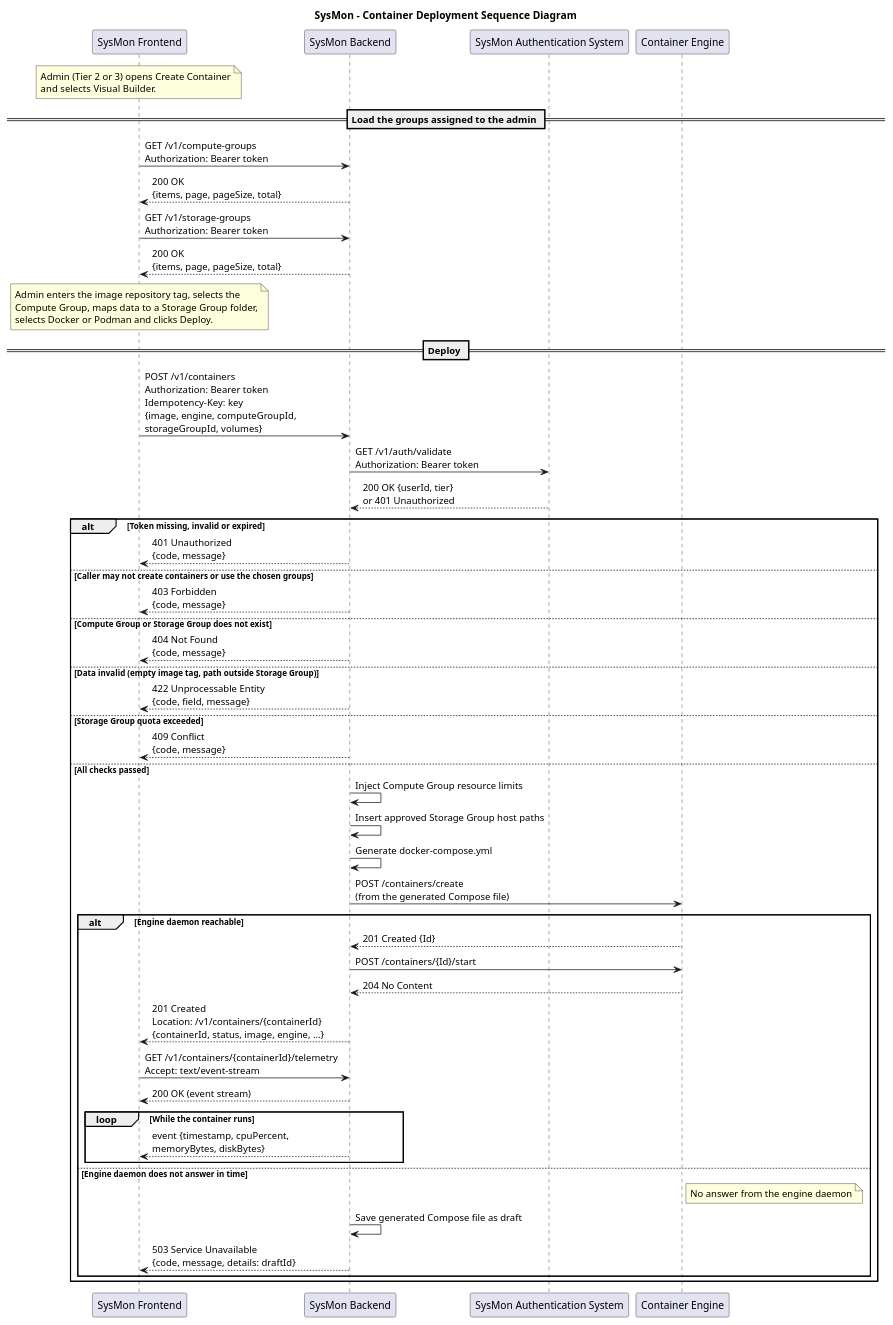
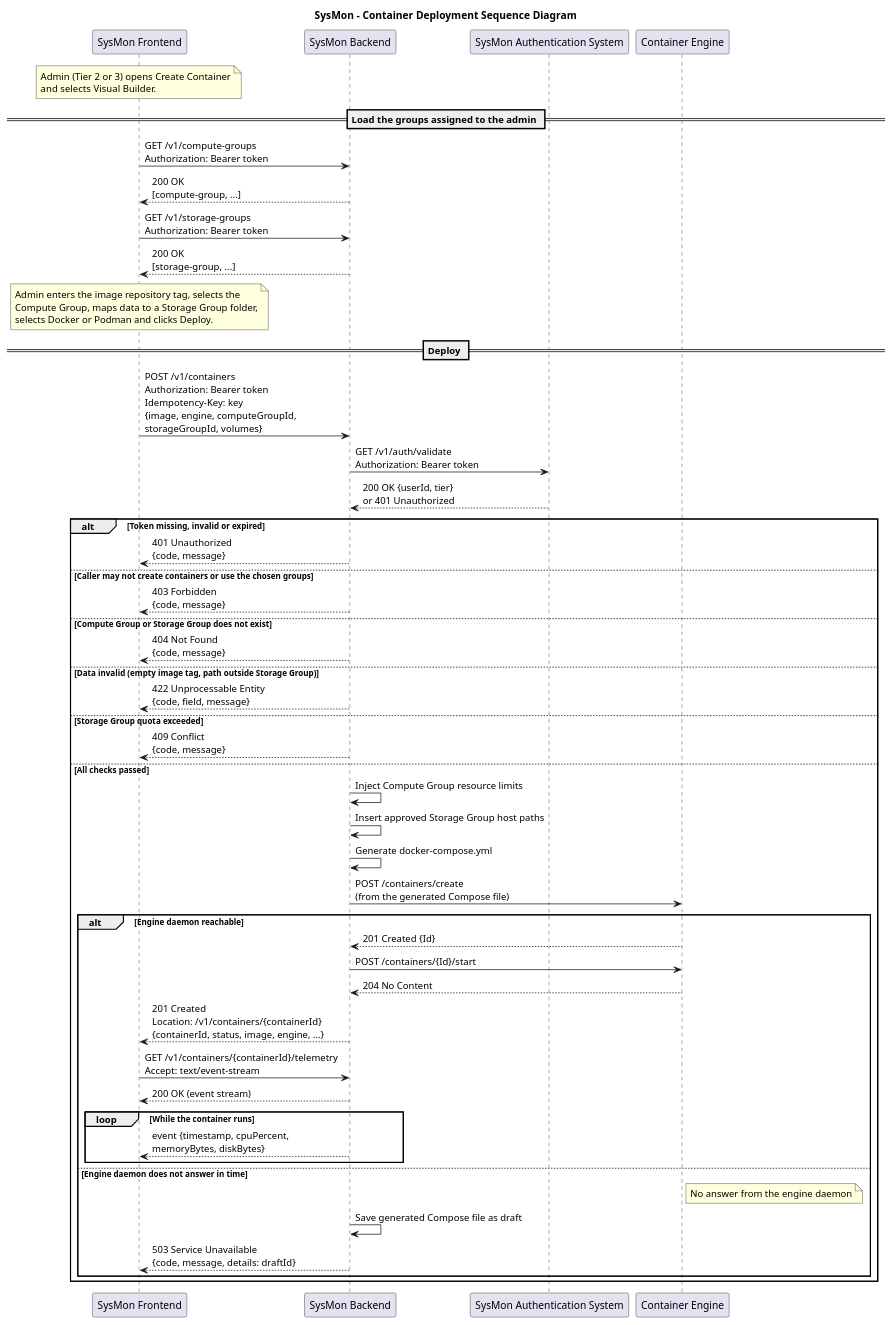
Before and after one commit to hriday111/SysMon: the diagram in Task3/sequence_diagrams/src/container_deployment.puml, drawn with PlantUML. The commit also changed 21 other files, not shown here.

```diff
--- a/Task3/sequence_diagrams/src/container_deployment.puml
+++ b/Task3/sequence_diagrams/src/container_deployment.puml
@@ -1,65 +1,65 @@
 @startuml
 title SysMon - Container Deployment Sequence Diagram
 
 participant "SysMon Frontend" as Frontend
 participant "SysMon Backend" as Backend
 participant "SysMon Authentication System" as Auth
 participant "Container Engine" as Engine
 
 note over Frontend
   Admin (Tier 2 or 3) opens Create Container
   and selects Visual Builder.
 end note
 
 == Load the groups assigned to the admin ==
 Frontend -> Backend : GET /v1/compute-groups\nAuthorization: Bearer token
-Backend --> Frontend : 200 OK\n{items, page, pageSize, total}
+Backend --> Frontend : 200 OK\n[compute-group, ...]
 Frontend -> Backend : GET /v1/storage-groups\nAuthorization: Bearer token
-Backend --> Frontend : 200 OK\n{items, page, pageSize, total}
+Backend --> Frontend : 200 OK\n[storage-group, ...]
 
 note over Frontend
   Admin enters the image repository tag, selects the
   Compute Group, maps data to a Storage Group folder,
   selects Docker or Podman and clicks Deploy.
 end note
 
 == Deploy ==
 Frontend -> Backend : POST /v1/containers\nAuthorization: Bearer token\nIdempotency-Key: key\n{image, engine, computeGroupId,\nstorageGroupId, volumes}
 Backend -> Auth : GET /v1/auth/validate\nAuthorization: Bearer token
 Auth --> Backend : 200 OK {userId, tier}\nor 401 Unauthorized
 
 alt Token missing, invalid or expired
   Backend --> Frontend : 401 Unauthorized\n{code, message}
 else Caller may not create containers or use the chosen groups
   Backend --> Frontend : 403 Forbidden\n{code, message}
 else Compute Group or Storage Group does not exist
   Backend --> Frontend : 404 Not Found\n{code, message}
 else Data invalid (empty image tag, path outside Storage Group)
   Backend --> Frontend : 422 Unprocessable Entity\n{code, field, message}
 else Storage Group quota exceeded
   Backend --> Frontend : 409 Conflict\n{code, message}
 else All checks passed
   Backend -> Backend : Inject Compute Group resource limits
   Backend -> Backend : Insert approved Storage Group host paths
   Backend -> Backend : Generate docker-compose.yml
   Backend -> Engine : POST /containers/create\n(from the generated Compose file)
 
   alt Engine daemon reachable
     Engine --> Backend : 201 Created {Id}
     Backend -> Engine : POST /containers/{Id}/start
     Engine --> Backend : 204 No Content
     Backend --> Frontend : 201 Created\nLocation: /v1/containers/{containerId}\n{containerId, status, image, engine, ...}
 
     Frontend -> Backend : GET /v1/containers/{containerId}/telemetry\nAccept: text/event-stream
     Backend --> Frontend : 200 OK (event stream)
     loop While the container runs
       Backend --> Frontend : event {timestamp, cpuPercent,\nmemoryBytes, diskBytes}
     end
   else Engine daemon does not answer in time
     note right of Engine : No answer from the engine daemon
     Backend -> Backend : Save generated Compose file as draft
     Backend --> Frontend : 503 Service Unavailable\n{code, message, details: draftId}
   end
 end
 
 @enduml
```
